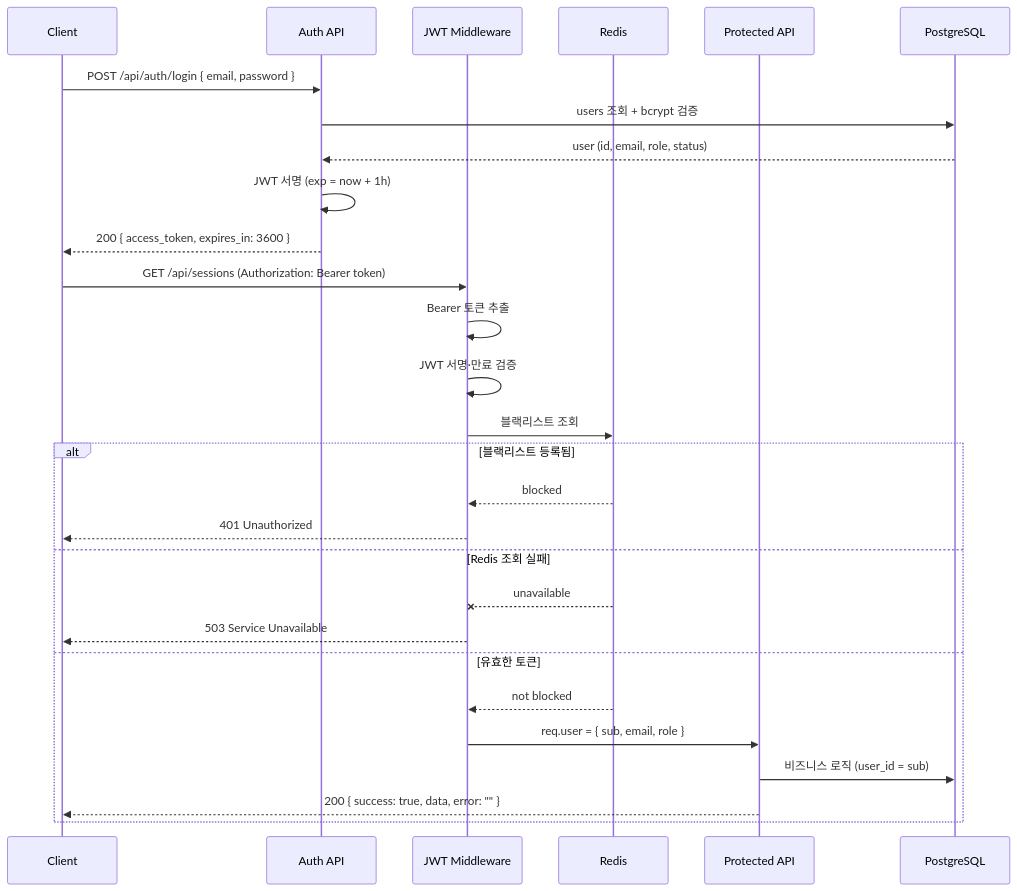
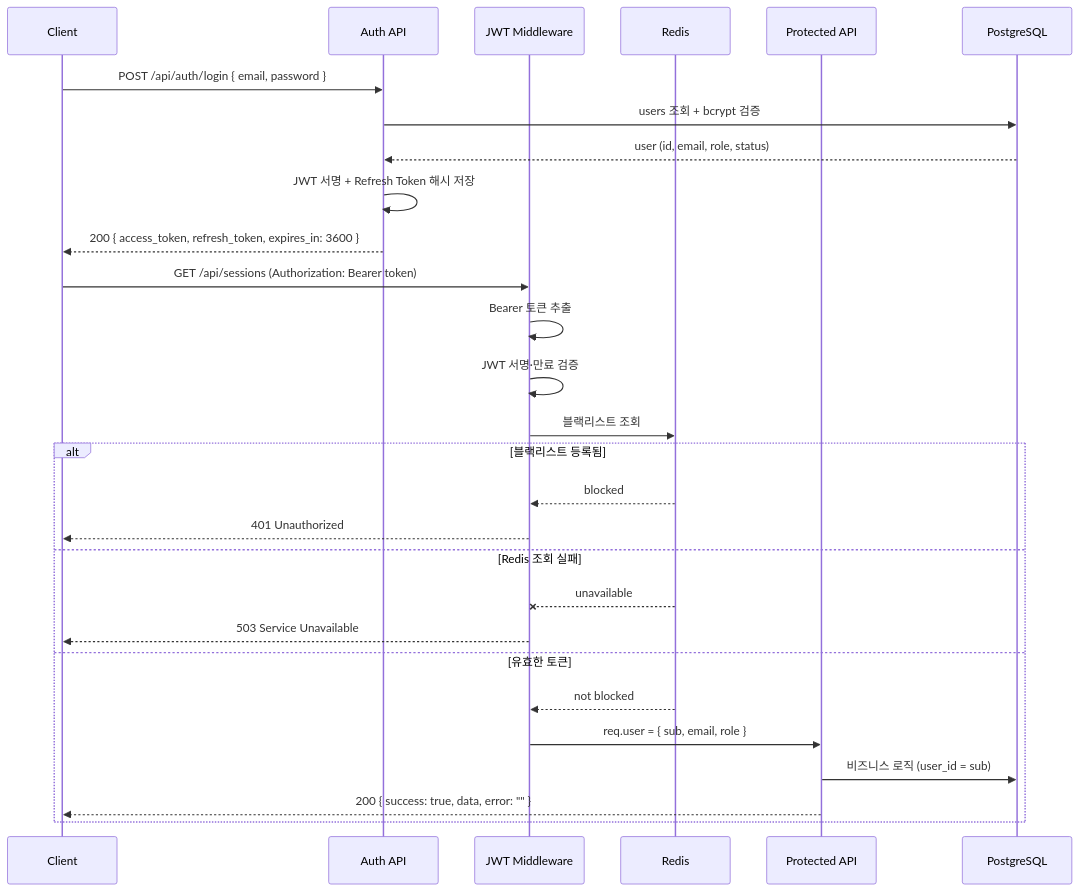
The first of 4 diagrams in docs/auth-flow.md (hwang-sungjo/focusLens), drawn with Mermaid before and after one commit. The commit also changed other lines of this file and 31 other files, not shown here.

Commit message:
feat: log v2, refresh token & refactor: change  gaze/blink/head percentage

````diff
--- a/docs/auth-flow.md
+++ b/docs/auth-flow.md
@@ -60,32 +61,32 @@
 ```mermaid
 sequenceDiagram
   participant C as Client
   participant A as Auth API
   participant M as JWT Middleware
   participant R as Redis
   participant P as Protected API
   participant D as PostgreSQL
 
   C->>A: POST /api/auth/login { email, password }
   A->>D: users 조회 + bcrypt 검증
   D-->>A: user (id, email, role, status)
-  A->>A: JWT 서명 (exp = now + 1h)
-  A-->>C: 200 { access_token, expires_in: 3600 }
+  A->>A: JWT 서명 + Refresh Token 해시 저장
+  A-->>C: 200 { access_token, refresh_token, expires_in: 3600 }
 
   C->>M: GET /api/sessions (Authorization: Bearer token)
   M->>M: Bearer 토큰 추출
   M->>M: JWT 서명·만료 검증
   M->>R: 블랙리스트 조회
   alt 블랙리스트 등록됨
     R-->>M: blocked
     M-->>C: 401 Unauthorized
   else Redis 조회 실패
     R--xM: unavailable
     M-->>C: 503 Service Unavailable
   else 유효한 토큰
     R-->>M: not blocked
     M->>P: req.user = { sub, email, role }
     P->>D: 비즈니스 로직 (user_id = sub)
     P-->>C: 200 { success: true, data, error: "" }
   end
 ```
````
